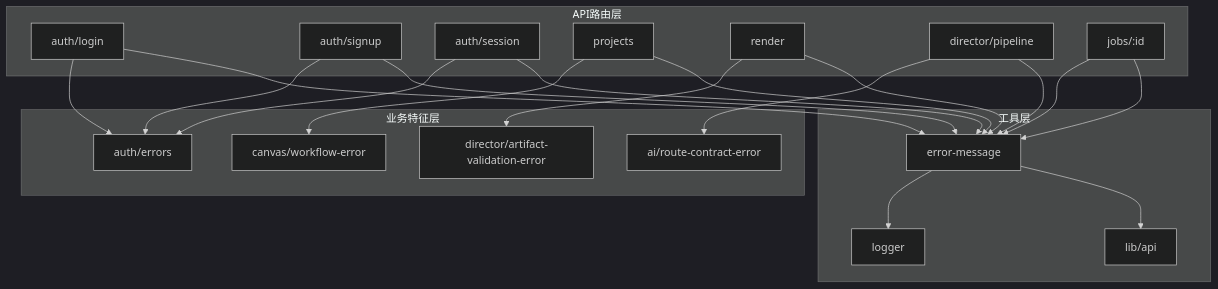
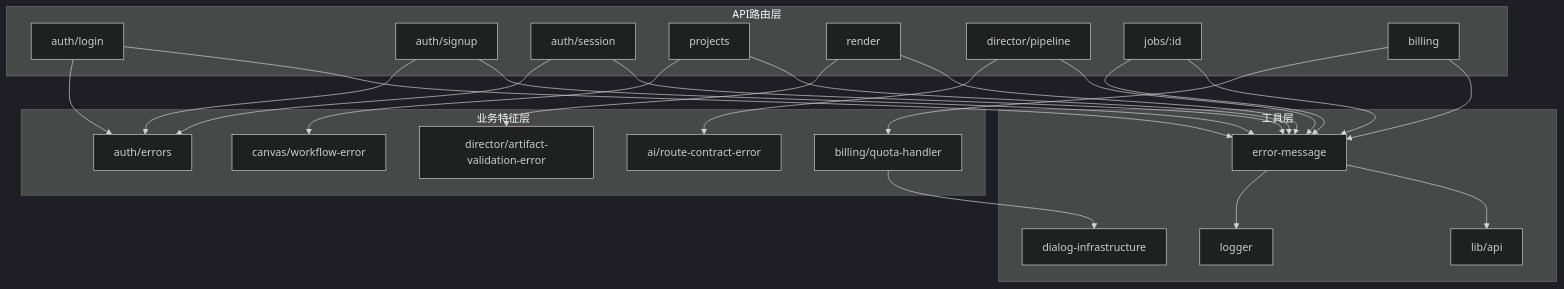
The first of 3 diagrams in .qoder/repowiki/zh/content/API参考/错误处理.md (scottcwy/PurpleInk), drawn with Mermaid (dark theme) before and after one commit. The commit also changed other lines of this file and 48 other files, not shown here.

````diff
--- a/.qoder/repowiki/zh/content/API参考/错误处理.md
+++ b/.qoder/repowiki/zh/content/API参考/错误处理.md
@@ -53,39 +54,45 @@
 ```mermaid
 graph TB
 subgraph "API路由层"
 R1["auth/login"]
 R2["auth/signup"]
 R3["auth/session"]
 R4["projects"]
 R5["render"]
 R6["director/pipeline"]
 R7["jobs/:id"]
+R8["billing"]
 end
 subgraph "业务特征层"
 F1["auth/errors"]
 F2["canvas/workflow-error"]
 F3["director/artifact-validation-error"]
 F4["ai/route-contract-error"]
+F5["billing/quota-handler"]
 end
 subgraph "工具层"
 L1["error-message"]
 L2["logger"]
 L3["lib/api"]
+L4["dialog-infrastructure"]
 end
 R1 --> F1
 R2 --> F1
 R3 --> F1
 R4 --> F2
 R5 --> F3
 R6 --> F4
 R7 --> L1
+R8 --> F5
 R1 --> L1
 R2 --> L1
 R3 --> L1
 R4 --> L1
 R5 --> L1
 R6 --> L1
 R7 --> L1
+R8 --> L1
 L1 --> L2
 L1 --> L3
+F5 --> L4
 ```
````
